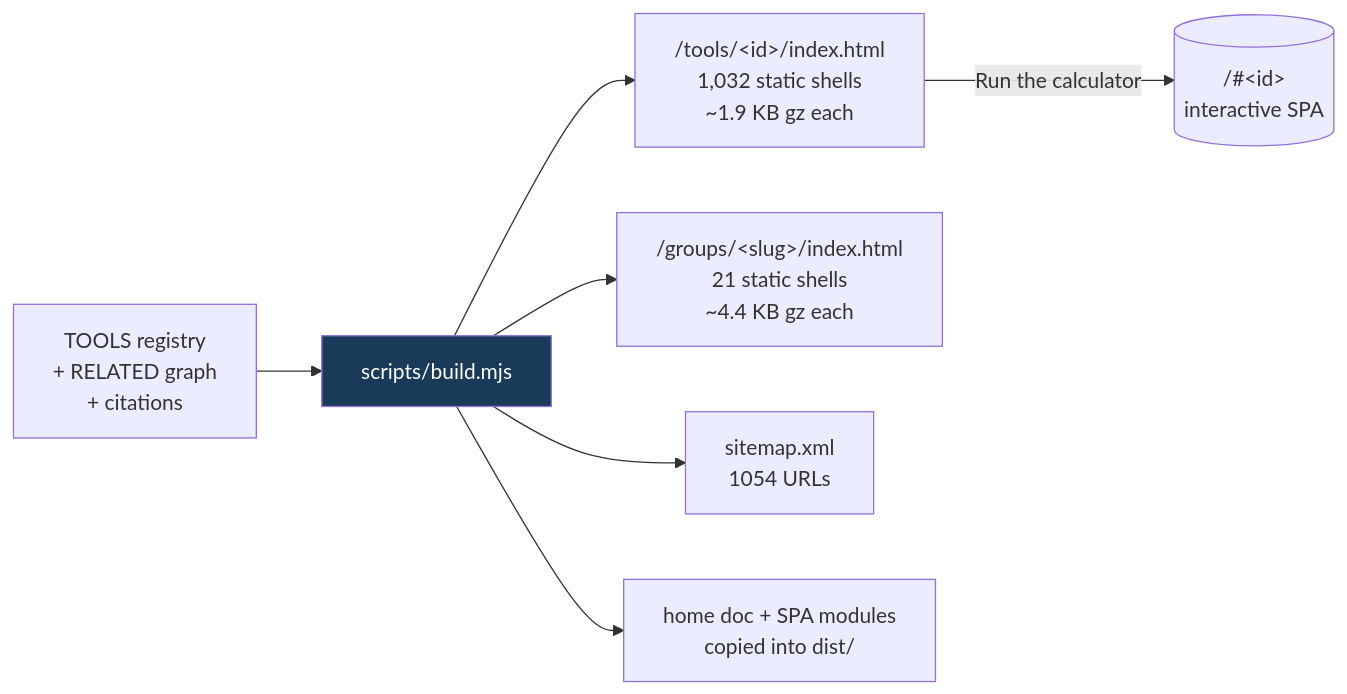
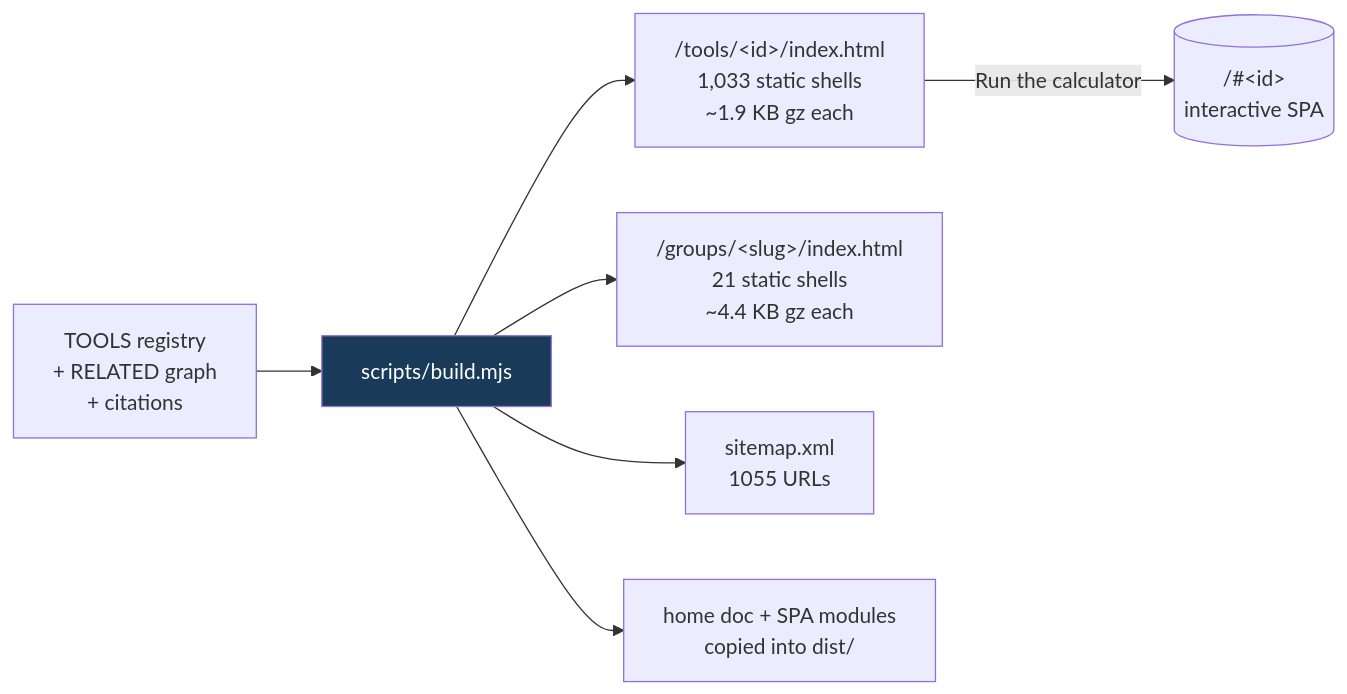
The fifth of 8 diagrams in README.md (clay-good/roughlogic.com), drawn with Mermaid before and after one commit. The commit also changed other lines of this file and 13 other files, not shown here.

Commit message:
feat(fire): land spec-v580 -- tanker-shuttle-flow tile

````diff
--- a/README.md
+++ b/README.md
@@ -495,10 +495,10 @@
 ```mermaid
 flowchart LR
     SRC[TOOLS registry\n+ RELATED graph\n+ citations] --> BUILD[scripts/build.mjs]
-    BUILD --> TILE["/tools/&lt;id&gt;/index.html\n1,032 static shells\n~1.9 KB gz each"]
+    BUILD --> TILE["/tools/&lt;id&gt;/index.html\n1,033 static shells\n~1.9 KB gz each"]
     BUILD --> GROUP["/groups/&lt;slug&gt;/index.html\n21 static shells\n~4.4 KB gz each"]
-    BUILD --> MAP["sitemap.xml\n1054 URLs"]
+    BUILD --> MAP["sitemap.xml\n1055 URLs"]
     BUILD --> COPY[home doc + SPA modules\ncopied into dist/]
     TILE -->|Run the calculator| SPA[("/#&lt;id&gt;\ninteractive SPA")]
     style BUILD fill:#1a3a5a,color:#fff
 ```
````
